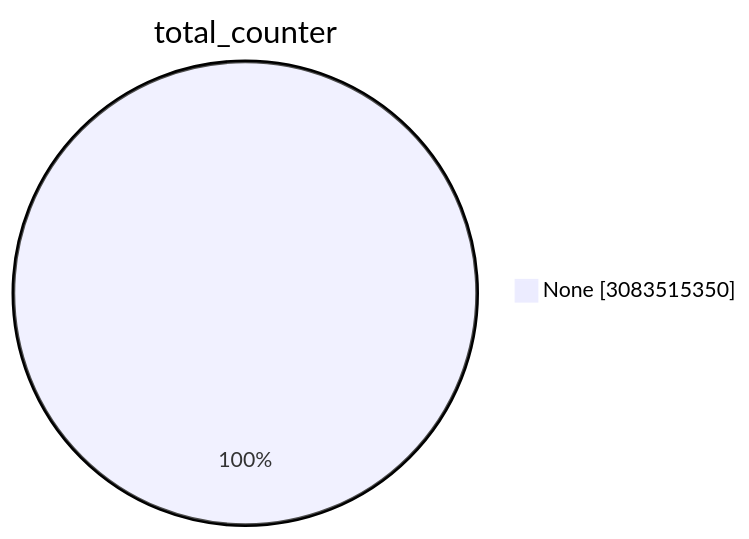
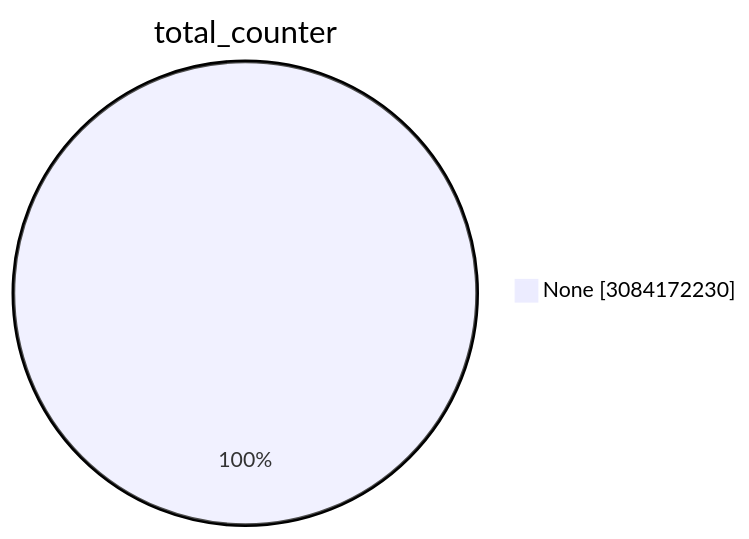
Before and after one commit to christiankrug/ctmonitor_visualization: the first of 15 diagrams in TOTAL/README.md, drawn with Mermaid. The commit also changed other lines of this file, not shown here.

````diff
--- a/TOTAL/README.md
+++ b/TOTAL/README.md
@@ -1,5 +1,5 @@
 ```mermaid
 pie showData
 title total_counter
-"None" :3083515350
+"None" :3084172230
 ```
````
